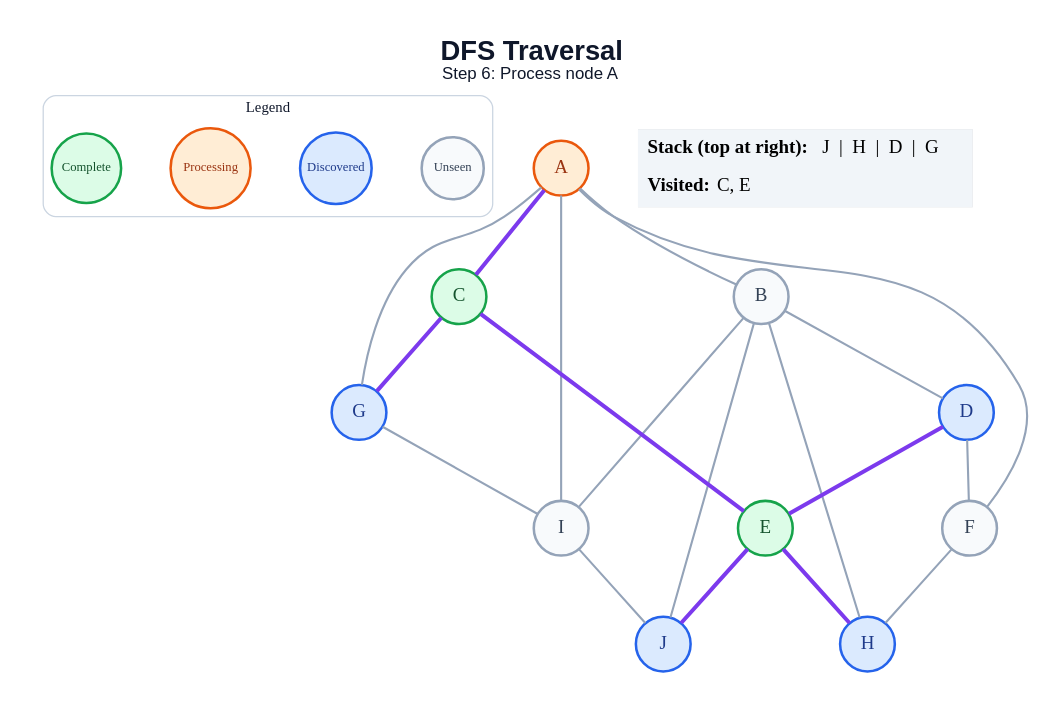
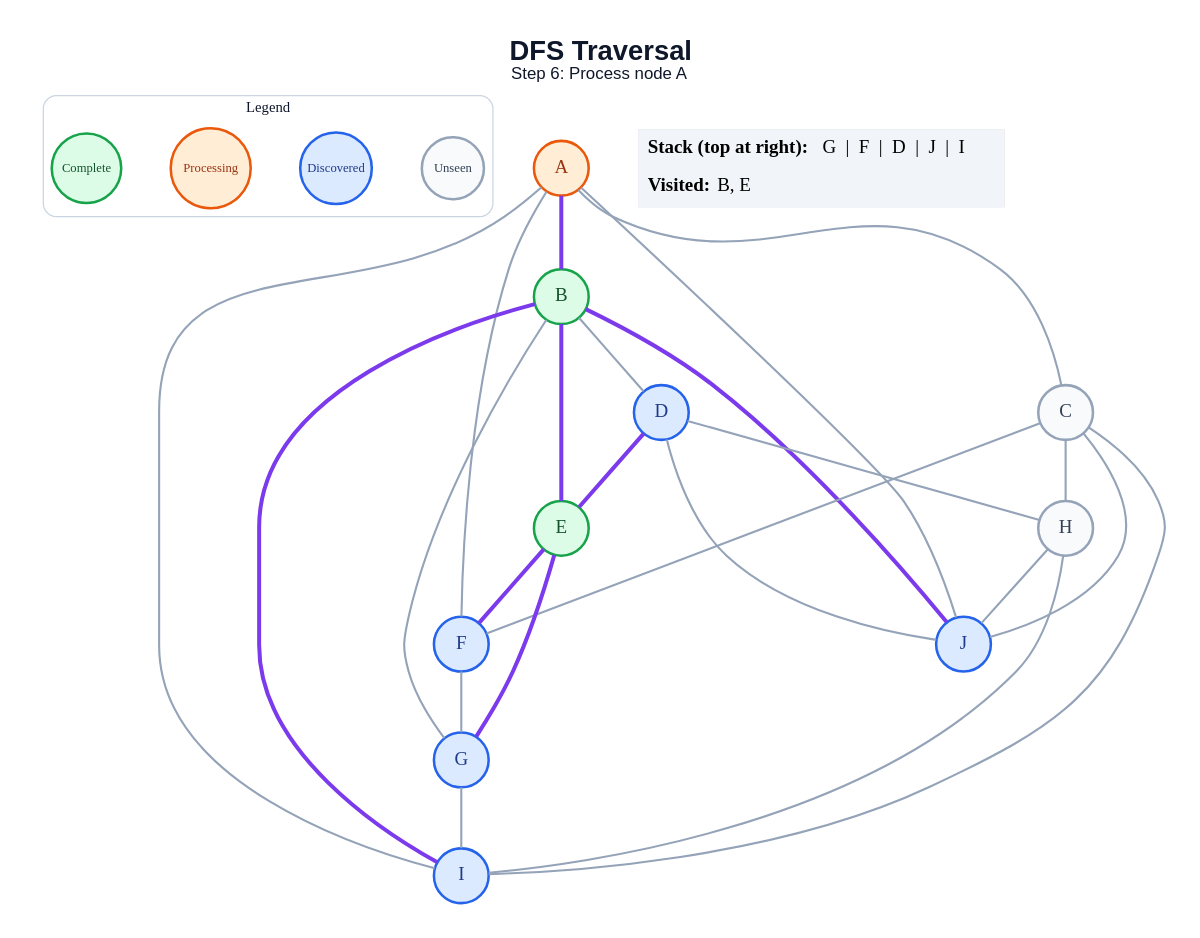
One commit to amanghodawala9/ai-slop changed the diagram in generated/specific-node/dfs/step_06.dot. Above: the diagram before and after it, drawn with Graphviz. The commit also changed 178 other files, not shown here.

```diff
--- a/generated/specific-node/dfs/step_06.dot
+++ b/generated/specific-node/dfs/step_06.dot
@@ -1,47 +1,52 @@
 graph traversal {
   graph [layout=dot, rankdir=TB, bgcolor="#FFFFFF", pad="0.35", nodesep="0.65", ranksep="0.8", fontname="Arial"];
   node [shape=circle, style="filled", fontname="Arial Bold", fontsize=18, width=0.72, fixedsize=true, penwidth=2.4];
   edge [color="#94A3B8", penwidth=2.0];
   label=<<B>DFS Traversal</B><BR/><FONT POINT-SIZE="16">Step 6: Process node A</FONT>>; labelloc="t"; fontsize=26; fontname="Arial"; fontcolor="#0F172A";
   subgraph cluster_legend { label="Legend"; color="#CBD5E1"; penwidth=1.2; style="rounded"; fontsize=14; fontname="Arial Bold";
     key_unseen [label="Unseen", fillcolor="#F8FAFC", color="#94A3B8", fontcolor="#334155", fontsize=12, width=0.82];
     key_frontier [label="Discovered", fillcolor="#DBEAFE", color="#2563EB", fontcolor="#1E3A8A", fontsize=12, width=0.95];
     key_current [label="Processing", fillcolor="#FFEDD5", color="#EA580C", fontcolor="#9A3412", fontsize=12, width=1.05];
     key_done [label="Complete", fillcolor="#DCFCE7", color="#16A34A", fontcolor="#14532D", fontsize=12, width=0.92];
     { rank=same; key_unseen; key_frontier; key_current; key_done; }
   }
   A [fillcolor="#FFEDD5", color="#EA580C", fontcolor="#9A3412"];
-  B [fillcolor="#F8FAFC", color="#94A3B8", fontcolor="#334155"];
-  C [fillcolor="#DCFCE7", color="#16A34A", fontcolor="#14532D"];
+  B [fillcolor="#DCFCE7", color="#16A34A", fontcolor="#14532D"];
+  C [fillcolor="#F8FAFC", color="#94A3B8", fontcolor="#334155"];
   D [fillcolor="#DBEAFE", color="#2563EB", fontcolor="#1E3A8A"];
   E [fillcolor="#DCFCE7", color="#16A34A", fontcolor="#14532D"];
-  F [fillcolor="#F8FAFC", color="#94A3B8", fontcolor="#334155"];
+  F [fillcolor="#DBEAFE", color="#2563EB", fontcolor="#1E3A8A"];
   G [fillcolor="#DBEAFE", color="#2563EB", fontcolor="#1E3A8A"];
-  H [fillcolor="#DBEAFE", color="#2563EB", fontcolor="#1E3A8A"];
-  I [fillcolor="#F8FAFC", color="#94A3B8", fontcolor="#334155"];
+  H [fillcolor="#F8FAFC", color="#94A3B8", fontcolor="#334155"];
+  I [fillcolor="#DBEAFE", color="#2563EB", fontcolor="#1E3A8A"];
   J [fillcolor="#DBEAFE", color="#2563EB", fontcolor="#1E3A8A"];
-  A -- B;
-  A -- C [color="#7C3AED", penwidth=3.8];
+  A -- B [color="#7C3AED", penwidth=3.8];
+  A -- C;
   A -- F;
-  A -- G;
   A -- I;
+  A -- J;
   B -- D;
-  B -- H;
-  B -- I;
-  B -- J;
-  C -- E [color="#7C3AED", penwidth=3.8];
-  C -- G [color="#7C3AED", penwidth=3.8];
+  B -- E [color="#7C3AED", penwidth=3.8];
+  B -- G;
+  B -- I [color="#7C3AED", penwidth=3.8];
+  B -- J [color="#7C3AED", penwidth=3.8];
+  C -- F;
+  C -- H;
+  C -- I;
+  C -- J;
   D -- E [color="#7C3AED", penwidth=3.8];
-  D -- F;
-  E -- H [color="#7C3AED", penwidth=3.8];
-  E -- J [color="#7C3AED", penwidth=3.8];
-  F -- H;
+  D -- H;
+  D -- J;
+  E -- F [color="#7C3AED", penwidth=3.8];
+  E -- G [color="#7C3AED", penwidth=3.8];
+  F -- G;
   G -- I;
-  I -- J;
+  H -- I;
+  H -- J;
   status [shape=plain, fixedsize=false, width=0, height=0, margin=0, label=<
     <TABLE BORDER="0" CELLBORDER="0" CELLPADDING="7" BGCOLOR="#F1F5F9">
-      <TR><TD ALIGN="LEFT"><B>Stack (top at right):</B> J  |  H  |  D  |  G</TD></TR>
-      <TR><TD ALIGN="LEFT"><B>Visited:</B> C, E</TD></TR>
+      <TR><TD ALIGN="LEFT"><B>Stack (top at right):</B> G  |  F  |  D  |  J  |  I</TD></TR>
+      <TR><TD ALIGN="LEFT"><B>Visited:</B> B, E</TD></TR>
     </TABLE>
   >];
 }
```
